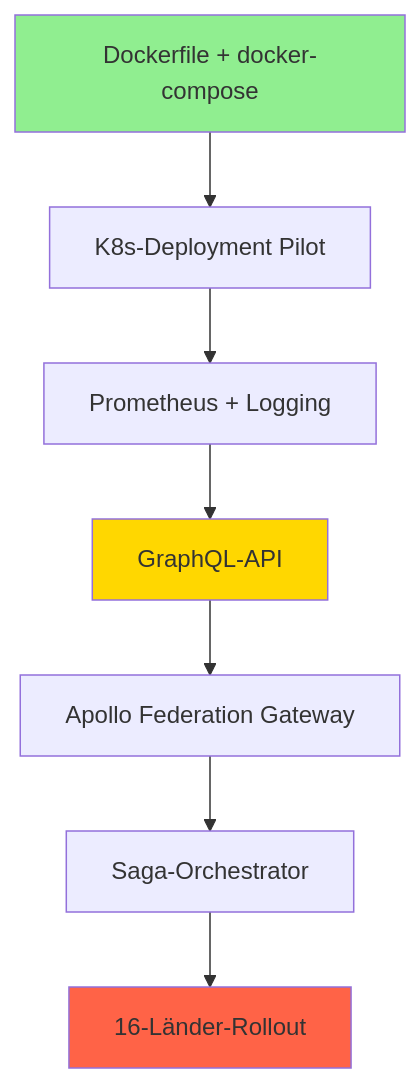
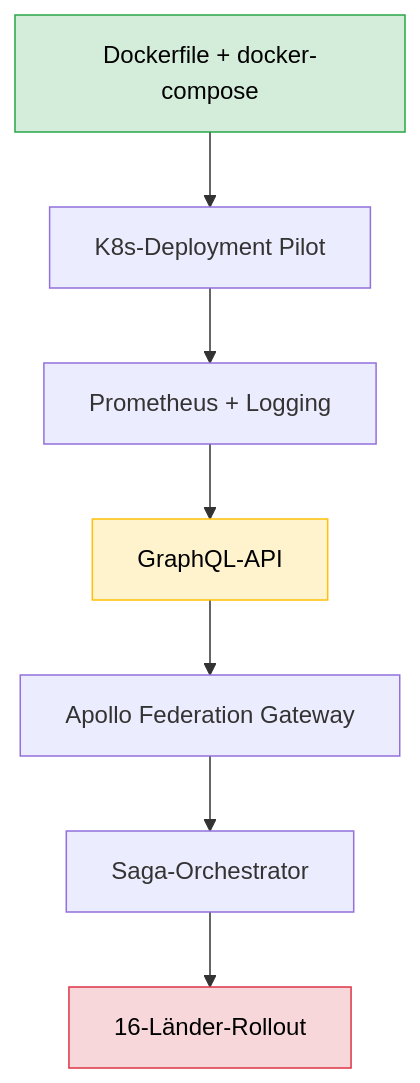
One commit to makr-code/VCC-URN changed the diagram in docs/development-strategy.md. Above: the diagram before and after it, drawn with Mermaid. The commit also changed other lines of this file, not shown here.

Commit message:
Address code review feedback: fix Dockerfile user creation, improve YAML examples, enhance diagram accessibility

````diff
--- a/docs/development-strategy.md
+++ b/docs/development-strategy.md
@@ -730,13 +731,13 @@
 ```mermaid
 graph TD
     A[Dockerfile + docker-compose] --> B[K8s-Deployment Pilot]
     B --> C[Prometheus + Logging]
     C --> D[GraphQL-API]
     D --> E[Apollo Federation Gateway]
     E --> F[Saga-Orchestrator]
     F --> G[16-Länder-Rollout]
     
-    style A fill:#90EE90
-    style D fill:#FFD700
-    style G fill:#FF6347
+    style A fill:#d4edda,stroke:#28a745,color:#000
+    style D fill:#fff3cd,stroke:#ffc107,color:#000
+    style G fill:#f8d7da,stroke:#dc3545,color:#000
 ```
````
